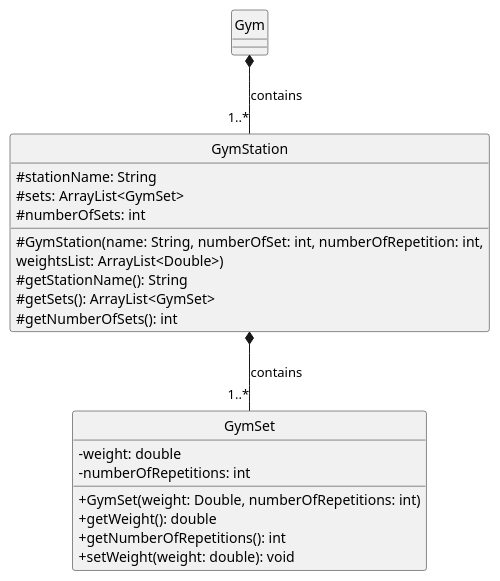
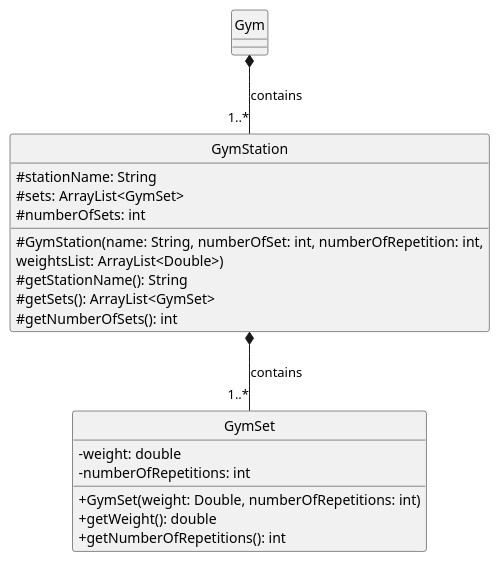
One commit to rouvinerh/tp changed the diagram in docs/puml/class_diagrams/gym_class_diagram.puml. Above: the diagram before and after it, drawn with PlantUML. The commit also changed 2 other files, not shown here.

Commit message:
remove unneeded method and update class diagram

```diff
--- a/docs/puml/class_diagrams/gym_class_diagram.puml
+++ b/docs/puml/class_diagrams/gym_class_diagram.puml
@@ -1,29 +1,28 @@
 @startuml
 skinparam classAttributeIconSize 0
 hide circle 
 
 class GymStation {
     # stationName: String
     # sets: ArrayList<GymSet>
     # numberOfSets: int
 
     # GymStation(name: String, numberOfSet: int, numberOfRepetition: int,
     weightsList: ArrayList<Double>)
     # getStationName(): String
     # getSets(): ArrayList<GymSet>
     # getNumberOfSets(): int
 }
 
 class GymSet {
     - weight: double
     - numberOfRepetitions: int
 
     + GymSet(weight: Double, numberOfRepetitions: int)
     + getWeight(): double
     + getNumberOfRepetitions(): int
-    + setWeight(weight: double): void
 }
 
 Gym *-- "1..*" GymStation: contains
 GymStation *-- "1..*" GymSet: contains
 @enduml
```
